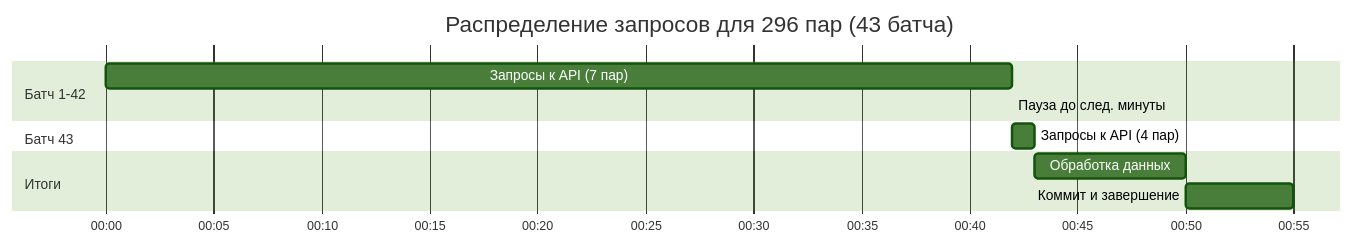
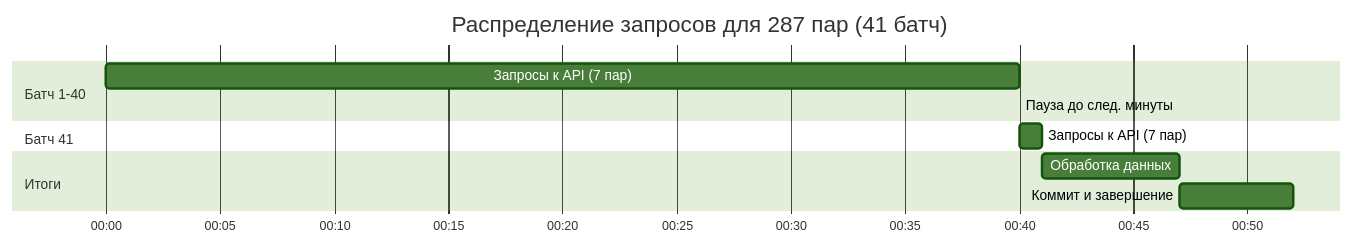
Before and after one commit to prog815/abscur3: the second of 2 diagrams in scripts/daily_update/README.md, drawn with Mermaid (forest theme). The commit also changed other lines of this file, not shown here.

````diff
--- a/scripts/daily_update/README.md
+++ b/scripts/daily_update/README.md
@@ -107,17 +115,17 @@
 ```mermaid
 gantt
-    title Распределение запросов для 296 пар (43 батча)
+    title Распределение запросов для 287 пар (41 батч)
     dateFormat  HH:mm
     axisFormat %H:%M
     
-    section Батч 1-42
-    Запросы к API (7 пар) : 00:00, 42m
+    section Батч 1-40
+    Запросы к API (7 пар) : 00:00, 40m
     Пауза до след. минуты : после каждого батча
     
-    section Батч 43
-    Запросы к API (4 пар) : 00:42, 1m
+    section Батч 41
+    Запросы к API (7 пар) : 00:40, 1m
     
     section Итоги
-    Обработка данных : 00:43, 7m
-    Коммит и завершение : 00:50, 5m
+    Обработка данных : 00:41, 6m
+    Коммит и завершение : 00:47, 5m
 ```
````
